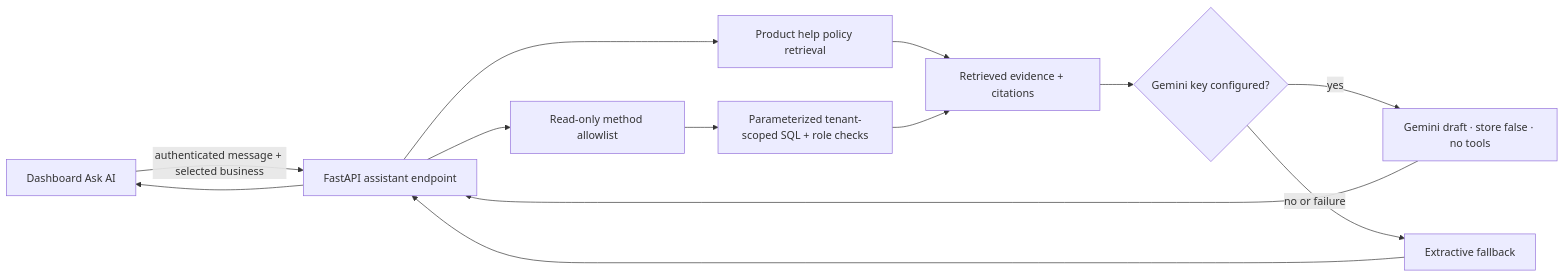
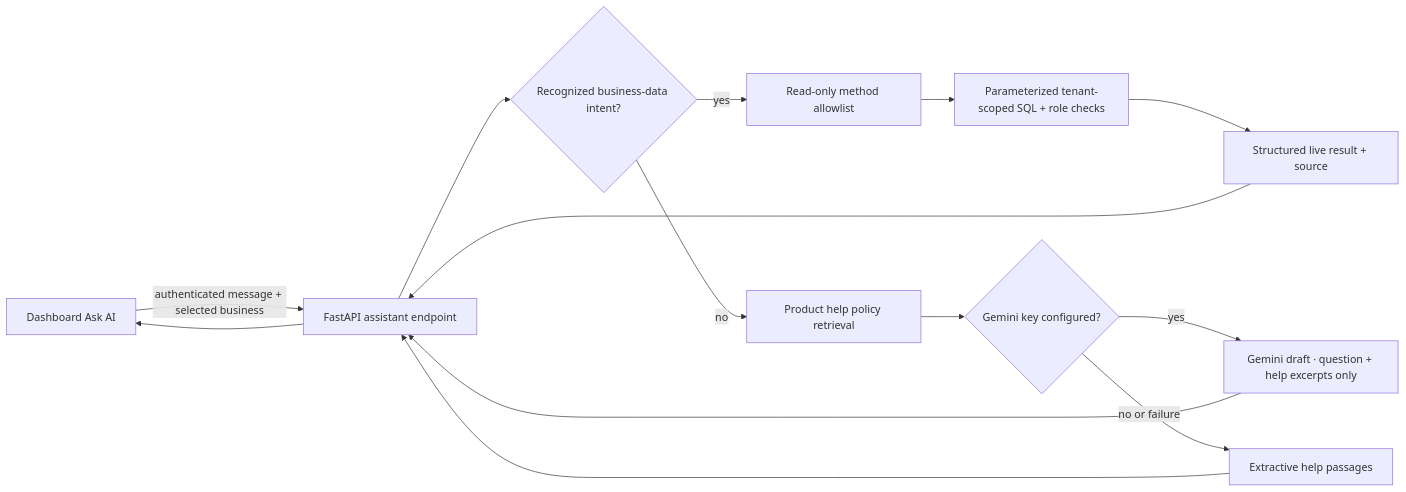
One commit to Jithendra-coder/PlaceURorder changed the diagram in AI_POLICY_DOCKER_PLAN.md. Above: the diagram before and after it, drawn with Mermaid. The commit also changed other lines of this file and 13 other files, not shown here.

````diff
--- a/AI_POLICY_DOCKER_PLAN.md
+++ b/AI_POLICY_DOCKER_PLAN.md
@@ -43,15 +43,16 @@
 ```mermaid
 flowchart LR
   U[Dashboard Ask AI] -->|authenticated message + selected business| A[FastAPI assistant endpoint]
-  A --> P[Product help policy retrieval]
-  A --> T[Read-only method allowlist]
+  A --> I{Recognized business-data intent?}
+  I -->|yes| T[Read-only method allowlist]
   T --> S[Parameterized tenant-scoped SQL + role checks]
-  P --> R[Retrieved evidence + citations]
-  S --> R
-  R --> G{Gemini key configured?}
-  G -->|yes| M[Gemini draft · store false · no tools]
-  G -->|no or failure| F[Extractive fallback]
+  S --> D[Structured live result + source]
+  I -->|no| P[Product help policy retrieval]
+  P --> G{Gemini key configured?}
+  G -->|yes| M[Gemini draft · question + help excerpts only]
+  G -->|no or failure| F[Extractive help passages]
+  D --> A
   M --> A
   F --> A
   A --> U
 ```
````
